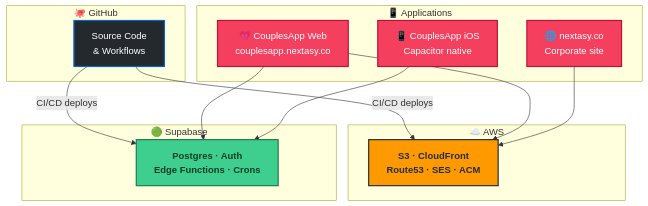
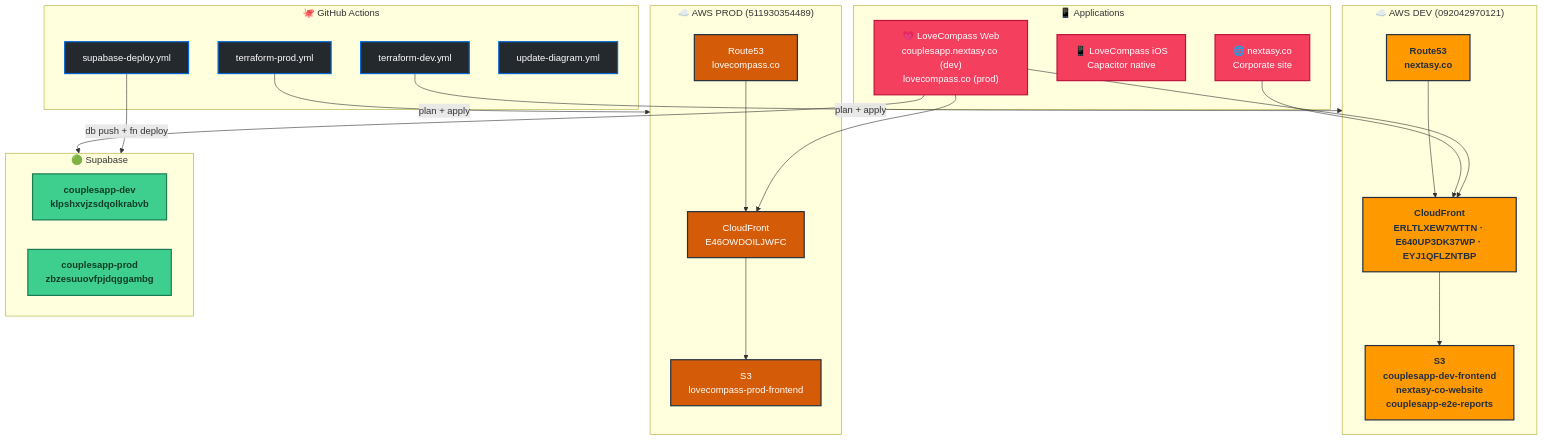
The diagram in README.md (marcuss/nextasyapps-infra), drawn with Mermaid before and after one commit. The commit also changed other lines of this file and 13 other files, not shown here.

````diff
--- a/README.md
+++ b/README.md
@@ -19,37 +11,56 @@
 ```mermaid
 graph TB
     subgraph APPS["📱 Applications"]
-        APP_WEB["💗 CouplesApp Web\ncouplesapp.nextasy.co"]
-        APP_IOS["📱 CouplesApp iOS\nCapacitor native"]
+        APP_WEB["💗 LoveCompass Web\ncouplesapp.nextasy.co (dev)\nlovecompass.co (prod)"]
+        APP_IOS["📱 LoveCompass iOS\nCapacitor native"]
         APP_SITE["🌐 nextasy.co\nCorporate site"]
     end
 
-    subgraph GH["🐙 GitHub"]
-        GH_CODE["Source Code\n& Workflows"]
+    subgraph GH["🐙 GitHub Actions"]
+        WF_TF_DEV["terraform-dev.yml"]
+        WF_TF_PROD["terraform-prod.yml"]
+        WF_SB["supabase-deploy.yml"]
+        WF_DIAG["update-diagram.yml"]
     end
 
-    subgraph AWS["☁️ AWS"]
-        AWS_INFRA["S3 · CloudFront\nRoute53 · SES · ACM"]
+    subgraph AWS_DEV["☁️ AWS DEV (092042970121)"]
+        CF_DEV["CloudFront\nERLTLXEW7WTTN · E640UP3DK37WP · EYJ1QFLZNTBP"]
+        S3_DEV["S3\ncouplesapp-dev-frontend\nnextasy-co-website\ncouplesapp-e2e-reports"]
+        R53_DEV["Route53\nnextasy.co"]
+    end
+
+    subgraph AWS_PROD["☁️ AWS PROD (511930354489)"]
+        CF_PROD["CloudFront\nE46OWDOILJWFC"]
+        S3_PROD["S3\nlovecompass-prod-frontend"]
+        R53_PROD["Route53\nlovecompass.co"]
     end
 
     subgraph SB["🟢 Supabase"]
-        SB_INFRA["Postgres · Auth\nEdge Functions · Crons"]
+        SB_DEV["couplesapp-dev\nklpshxvjzsdqolkrabvb"]
+        SB_PROD["couplesapp-prod\nzbzesuuovfpjdqggambg"]
     end
 
-    GH_CODE -->|"CI/CD deploys"| AWS_INFRA
-    GH_CODE -->|"CI/CD deploys"| SB_INFRA
-    APP_WEB --> AWS_INFRA
-    APP_WEB --> SB_INFRA
-    APP_IOS --> SB_INFRA
-    APP_SITE --> AWS_INFRA
+    WF_TF_DEV -->|"plan + apply"| AWS_DEV
+    WF_TF_PROD -->|"plan + apply"| AWS_PROD
+    WF_SB -->|"db push + fn deploy"| SB
+    APP_WEB --> CF_DEV
+    APP_WEB --> CF_PROD
+    APP_WEB --> SB
+    APP_SITE --> CF_DEV
+    CF_DEV --> S3_DEV
+    CF_PROD --> S3_PROD
+    R53_DEV --> CF_DEV
+    R53_PROD --> CF_PROD
 
     classDef app fill:#f43f5e,stroke:#be123c,stroke-width:2px,color:#ffffff
     classDef github fill:#24292E,stroke:#0366D6,stroke-width:2px,color:#ffffff
-    classDef awsStyle fill:#FF9900,stroke:#232F3E,stroke-width:2px,color:#232F3E,font-weight:bold
+    classDef awsDev fill:#FF9900,stroke:#232F3E,stroke-width:2px,color:#232F3E,font-weight:bold
+    classDef awsProd fill:#d45b07,stroke:#232F3E,stroke-width:2px,color:#ffffff
     classDef supabase fill:#3ECF8E,stroke:#1a7a52,stroke-width:2px,color:#0d3d27,font-weight:bold
 
     class APP_WEB,APP_IOS,APP_SITE app
-    class GH_CODE github
-    class AWS_INFRA awsStyle
-    class SB_INFRA supabase
+    class WF_TF_DEV,WF_TF_PROD,WF_SB,WF_DIAG github
+    class CF_DEV,S3_DEV,R53_DEV awsDev
+    class CF_PROD,S3_PROD,R53_PROD awsProd
+    class SB_DEV,SB_PROD supabase
 ```
````
